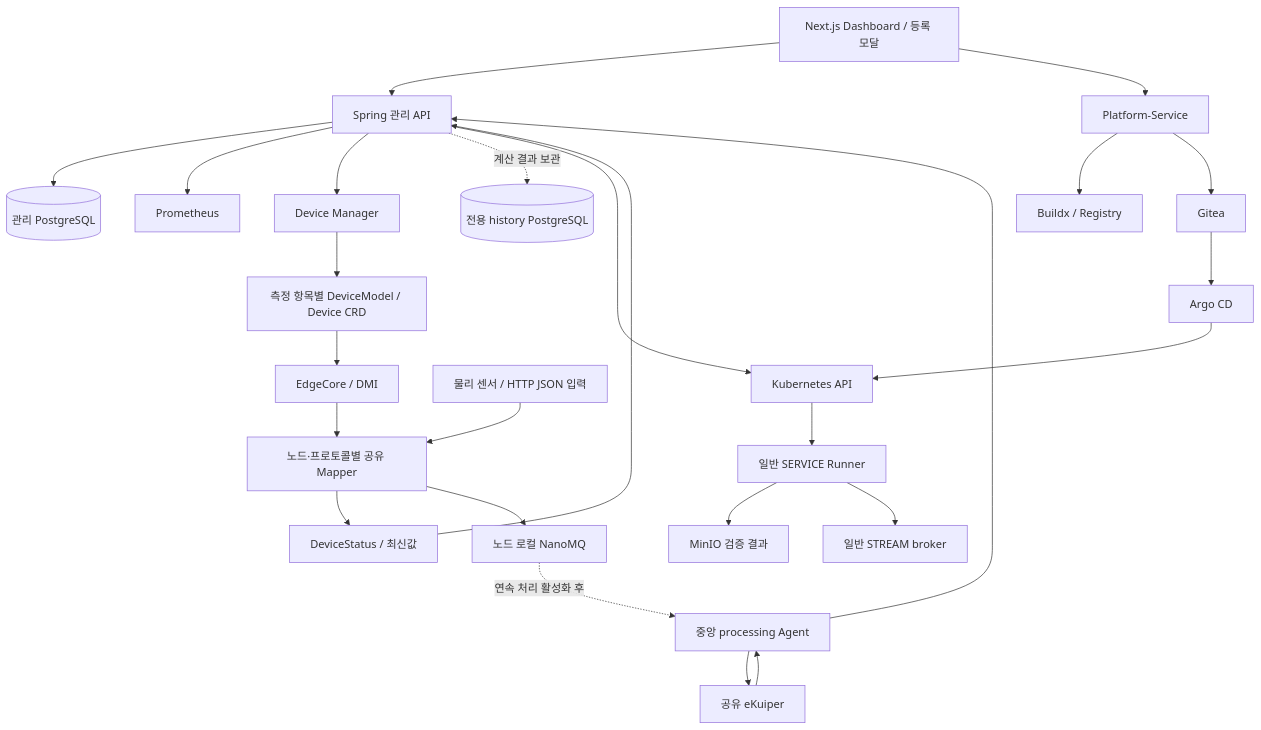
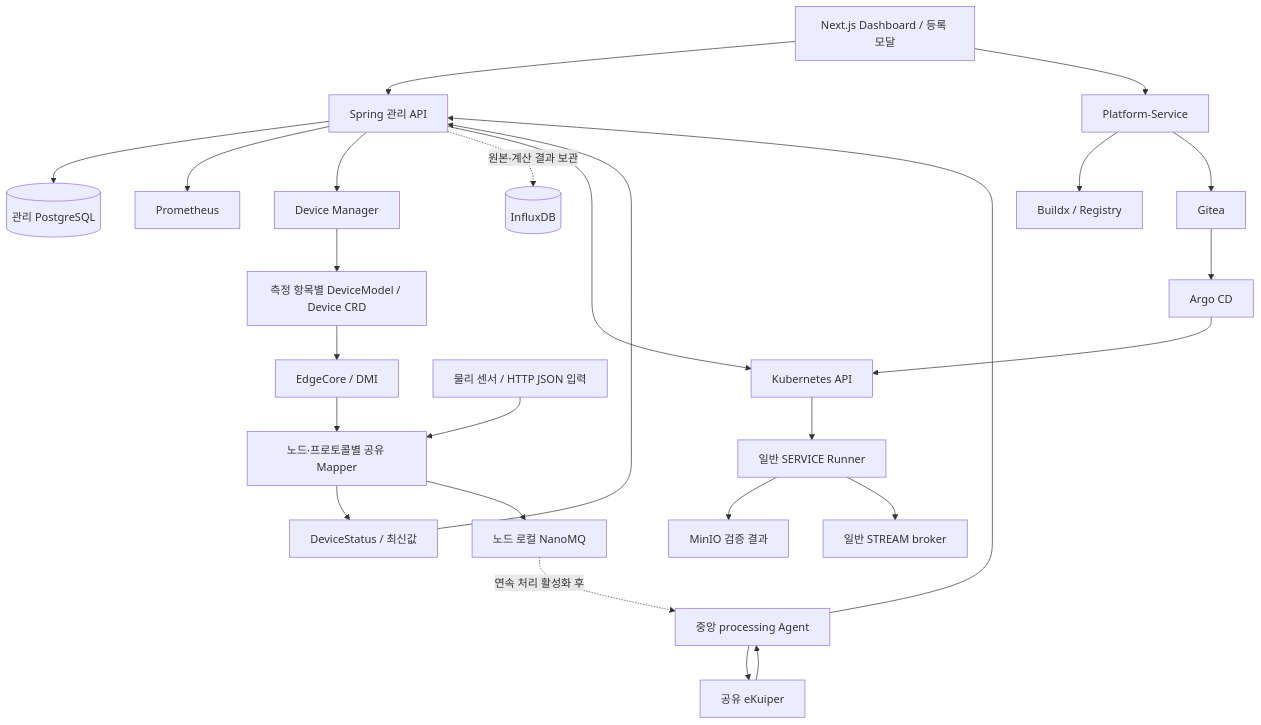
Before and after one commit to dsa04156/edgeai: the diagram in docs/architecture/architecture.md, drawn with Mermaid. The commit also changed 2 other files, not shown here.

Commit message:
fix(dashboard): keep graph dialog close label readable on mobile

````diff
--- a/docs/architecture/architecture.md
+++ b/docs/architecture/architecture.md
@@ -7,28 +7,28 @@
 ```mermaid
 flowchart TB
   UI[Next.js Dashboard / 등록 모달] --> API[Spring 관리 API]
   API --> DB[(관리 PostgreSQL)]
   API --> PROM[Prometheus]
   API --> DM[Device Manager]
   DM --> CRD[측정 항목별 DeviceModel / Device CRD]
   CRD --> EC[EdgeCore / DMI]
   EC --> MAP[노드·프로토콜별 공유 Mapper]
   SENSOR[물리 센서 / HTTP JSON 입력] --> MAP
   MAP --> STATUS[DeviceStatus / 최신값]
   STATUS --> API
   MAP --> NANO[노드 로컬 NanoMQ]
   NANO -. 연속 처리 활성화 후 .-> PA[중앙 processing Agent]
   PA --> EK[공유 eKuiper]
   EK --> PA
   PA --> API
-  API -. 계산 결과 보관 .-> HIST[(전용 history PostgreSQL)]
+  API -. 원본·계산 결과 보관 .-> HIST[(InfluxDB)]
   API --> K[Kubernetes API]
   K --> RUN[일반 SERVICE Runner]
   RUN --> OBJ[MinIO 검증 결과]
   RUN --> MQTT[일반 STREAM broker]
   UI --> PS[Platform-Service]
   PS --> BX[Buildx / Registry]
   PS --> GIT[Gitea]
   GIT --> ARGO[Argo CD]
   ARGO --> K
 ```
````
